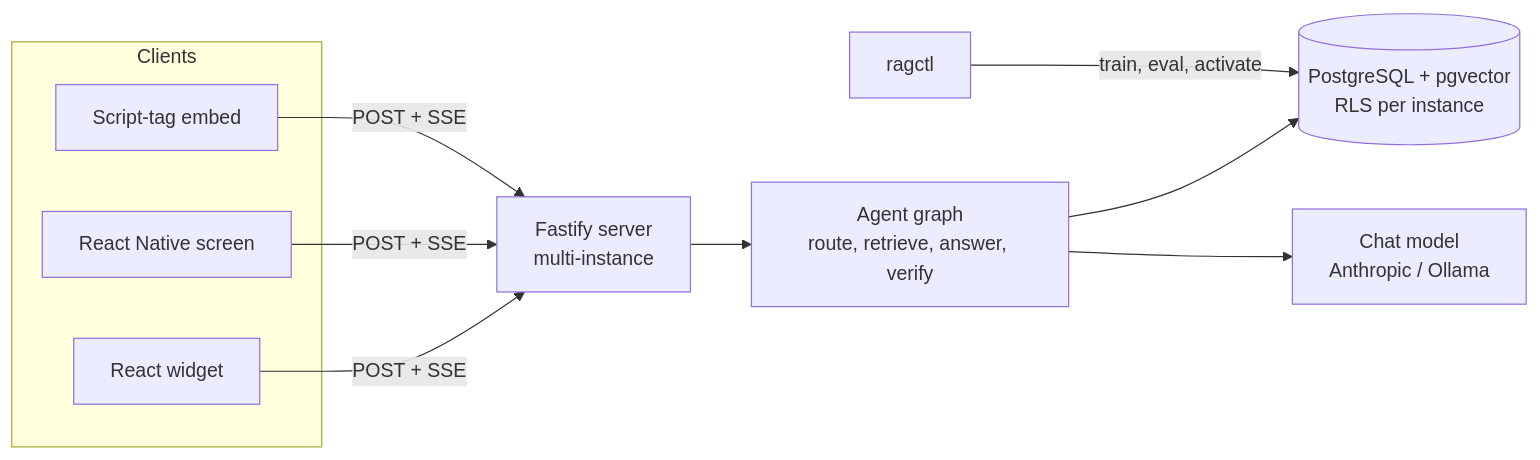
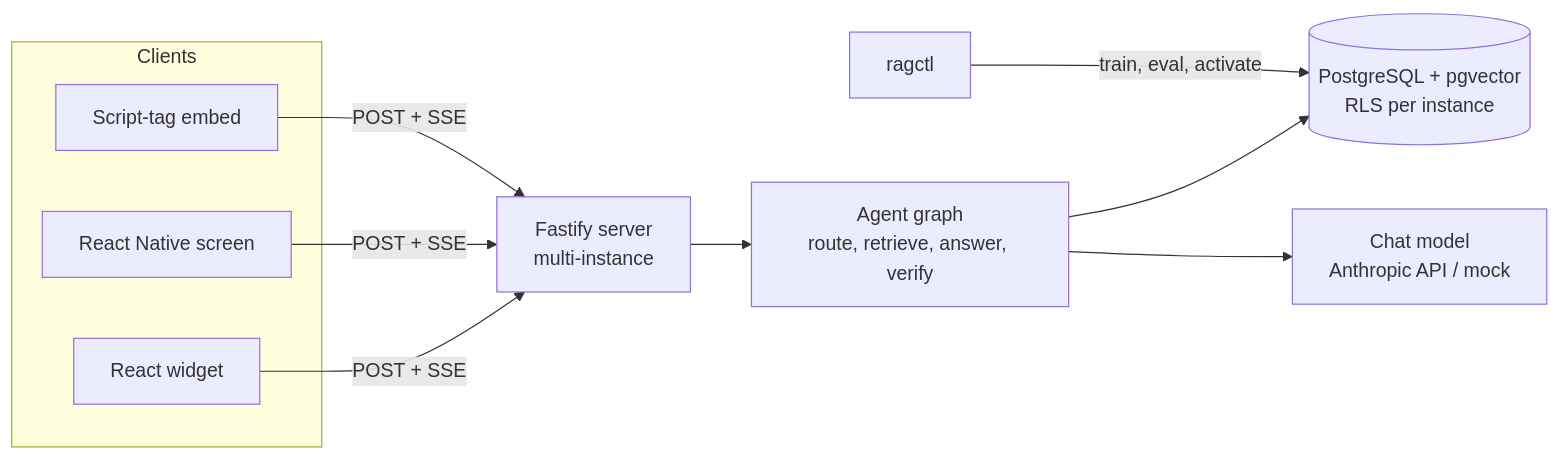
Before and after one commit to AnkurSingh16/agentic-rag-chatbot: the diagram in README.md, drawn with Mermaid. The commit also changed other lines of this file and 99 other files, not shown here.

First line of the commit message:
feat: add mock-mode end-to-end chat with cost controls (#21)

````diff
--- a/README.md
+++ b/README.md
@@ -9,13 +9,13 @@
 ```mermaid
 flowchart LR
   subgraph Clients
     W[React widget]
     M[React Native screen]
     S[Script-tag embed]
   end
   W & M & S -->|POST + SSE| API[Fastify server<br/>multi-instance]
   API --> G[Agent graph<br/>route, retrieve, answer, verify]
   G --> R[(PostgreSQL + pgvector<br/>RLS per instance)]
-  G --> LLM[Chat model<br/>Anthropic / Ollama]
+  G --> LLM[Chat model<br/>Anthropic API / mock]
   CLI[ragctl] -->|train, eval, activate| R
 ```
````
